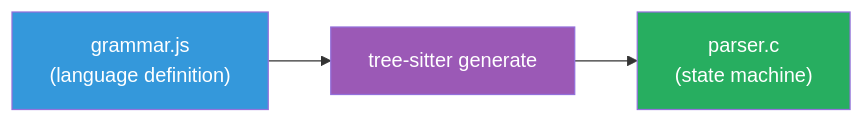
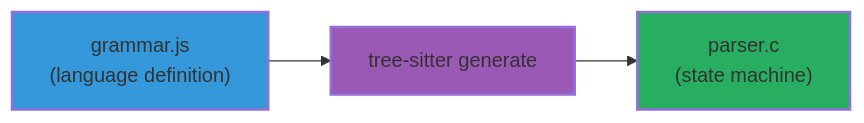
The third of 9 diagrams in docs/concepts/tree-sitter-guide.md (sampi02/amanmcp), drawn with Mermaid before and after one commit. The commit also changed other lines of this file and 59 other files, not shown here.

````diff
--- a/docs/concepts/tree-sitter-guide.md
+++ b/docs/concepts/tree-sitter-guide.md
@@ -131,12 +128,12 @@
 ```mermaid
 flowchart LR
     Grammar["grammar.js<br/>(language definition)"]
     Generate["tree-sitter generate"]
     Parser["parser.c<br/>(state machine)"]
 
     Grammar --> Generate --> Parser
 
-    style Grammar fill:#3498db,color:#fff
-    style Generate fill:#9b59b6,color:#fff
-    style Parser fill:#27ae60,color:#fff
+    style Grammar fill:#3498db,stroke-width:2px
+    style Generate fill:#9b59b6,stroke-width:2px
+    style Parser fill:#27ae60,stroke-width:2px
 ```
````
